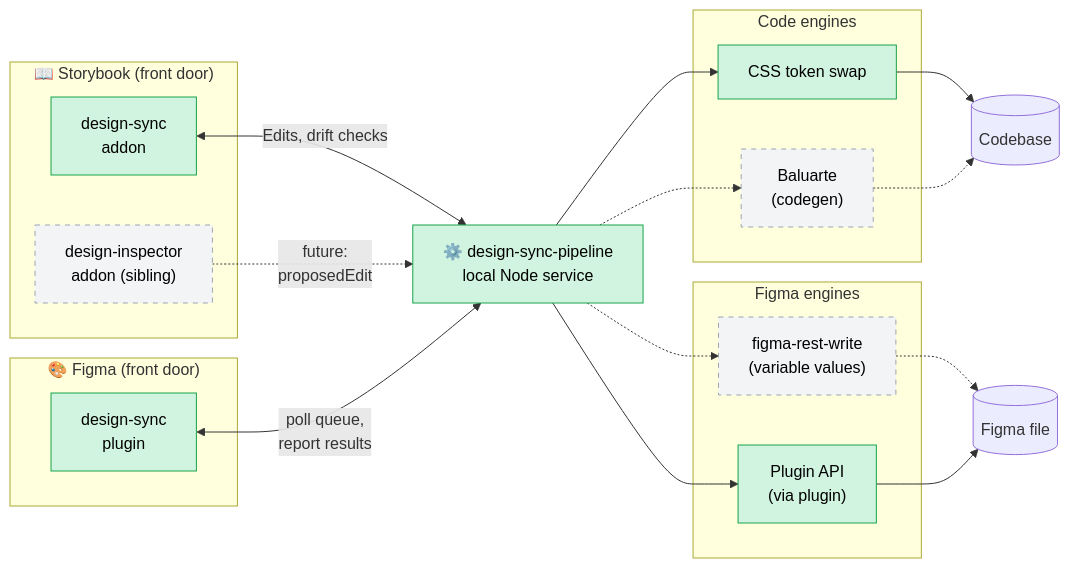
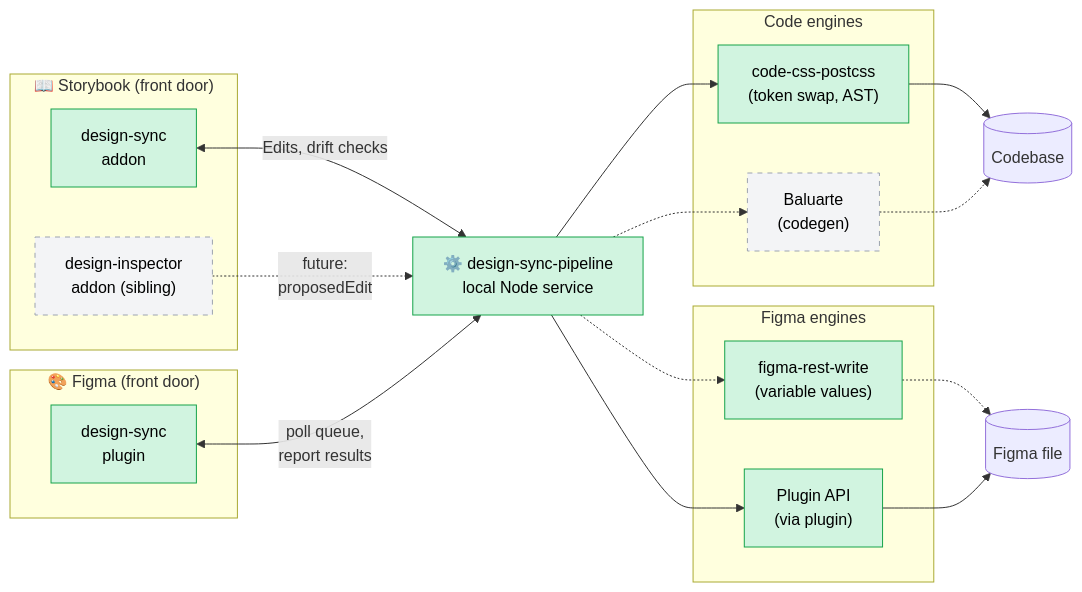
One commit to mylesmetalab/design-sync-pipeline changed the diagram in ARCHITECTURE.md. Above: the diagram before and after it, drawn with Mermaid. The commit also changed other lines of this file, not shown here.

First line of the commit message:
docs(ARCHITECTURE): fix engine roster + roadmap drift (#9)

````diff
--- a/ARCHITECTURE.md
+++ b/ARCHITECTURE.md
@@ -9,42 +9,42 @@
 ```mermaid
 flowchart LR
   subgraph storybook ["📖 Storybook (front door)"]
     addon["design-sync<br/>addon"]
     inspector["design-inspector<br/>addon (sibling)"]
   end
 
   subgraph figma ["🎨 Figma (front door)"]
     plugin["design-sync<br/>plugin"]
   end
 
   pipeline["⚙️ design-sync-pipeline<br/>local Node service"]
 
   subgraph codeengines ["Code engines"]
-    cssEng["CSS token swap"]
+    cssEng["code-css-postcss<br/>(token swap, AST)"]
     bal["Baluarte<br/>(codegen)"]
   end
 
   subgraph figmaengines ["Figma engines"]
     pluginEng["Plugin API<br/>(via plugin)"]
     restEng["figma-rest-write<br/>(variable values)"]
   end
 
   codebase[("Codebase")]
   fileDesign[("Figma file")]
 
   addon <-->|"Edits, drift checks"| pipeline
   inspector -.->|"future:<br/>proposedEdit"| pipeline
   plugin <-->|"poll queue,<br/>report results"| pipeline
 
   pipeline --> cssEng --> codebase
   pipeline -.-> bal -.-> codebase
   pipeline -.-> restEng -.-> fileDesign
   pipeline --> pluginEng
   pluginEng --> fileDesign
 
   classDef built fill:#d1f4e0,stroke:#16a34a,color:#000;
   classDef future fill:#f3f4f6,stroke:#9ca3af,stroke-dasharray:5 5,color:#000;
 
-  class addon,plugin,pipeline,cssEng,pluginEng built
-  class bal,restEng,inspector future
+  class addon,plugin,pipeline,cssEng,pluginEng,restEng built
+  class bal,inspector future
 ```
````
